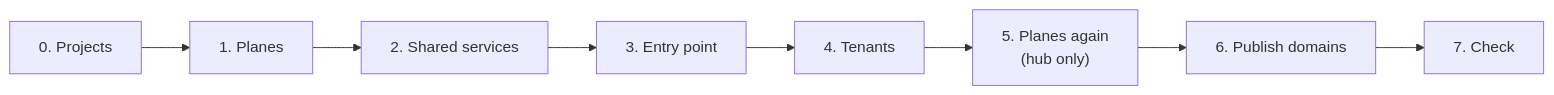
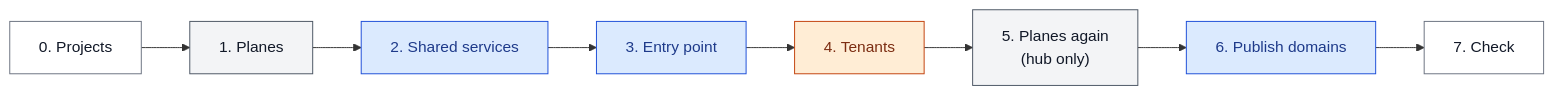
One commit to CyprisTech/openstack-multitenant-reference changed the diagram in docs/getting-started/README.md. Above: the diagram before and after it, drawn with Mermaid. The commit also changed 17 other files, not shown here.

First line of the commit message:
Diagrams: tenants by exposure, one palette by role, compact diagrams

````diff
--- a/docs/getting-started/README.md
+++ b/docs/getting-started/README.md
@@ -5,10 +5,19 @@
 ```mermaid
 flowchart LR
     P["0. Projects"] --> H["1. Planes"]
     H --> S["2. Shared services"]
     S --> E["3. Entry point"]
     E --> T["4. Tenants"]
     T --> R["5. Planes again<br/>(hub only)"]
     R --> PB["6. Publish domains"]
     PB --> C["7. Check"]
+
+    classDef shared fill:#dbeafe,stroke:#1d4ed8,color:#1e3a8a
+    classDef tenant fill:#ffedd5,stroke:#c2410c,color:#7c2d12
+    classDef plane fill:#f3f4f6,stroke:#4b5563,color:#111827
+    classDef outside fill:#ffffff,stroke:#6b7280,color:#111827
+    class P,C outside
+    class H,R plane
+    class S,E,PB shared
+    class T tenant
 ```
````
